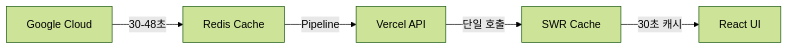
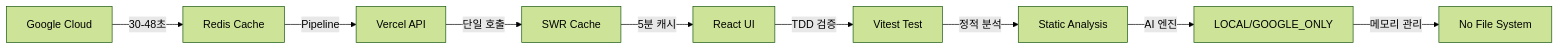
Before and after one commit to skyasu2/openmanager-vibe-v5: the diagram in README.md, drawn with Mermaid (forest theme). The commit also changed other lines of this file and 92 other files, not shown here.

````diff
--- a/README.md
+++ b/README.md
@@ -23,7 +28,11 @@
 ```mermaid
 graph LR
     A[Google Cloud] -->|30-48초| B[Redis Cache]
     B -->|Pipeline| C[Vercel API]
     C -->|단일 호출| D[SWR Cache]
-    D -->|30초 캐시| E[React UI]
+    D -->|5분 캐시| E[React UI]
+    E -->|TDD 검증| F[Vitest Test]
+    F -->|정적 분석| G[Static Analysis]
+    G -->|AI 엔진| H[LOCAL/GOOGLE_ONLY]
+    H -->|메모리 관리| I[No File System]
 ```
````
